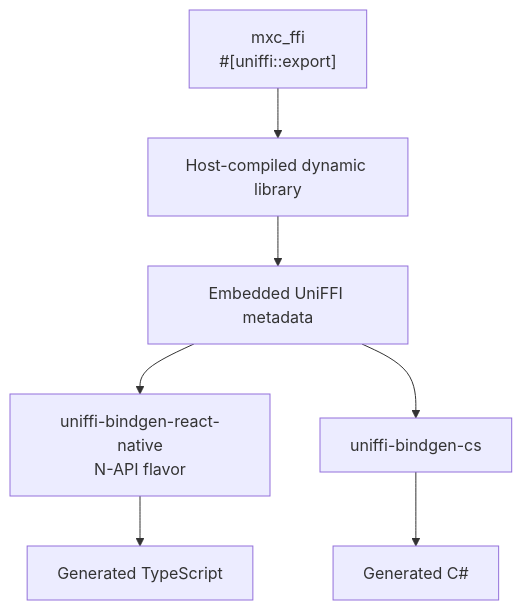
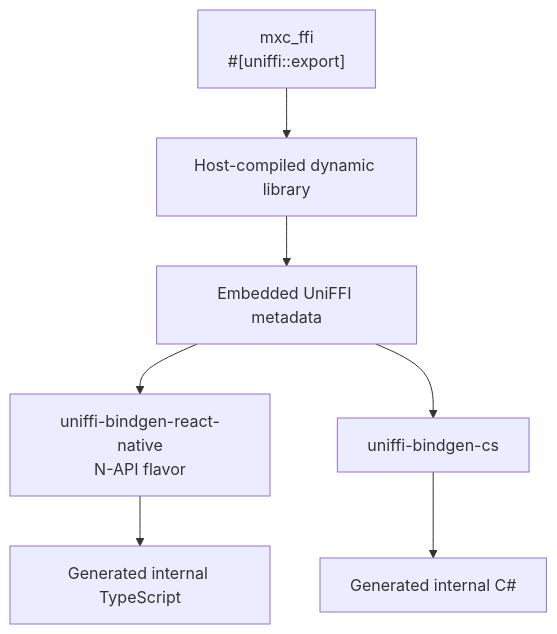
One commit to microsoft/mxc changed the first of 3 diagrams in docs/designs/SDK/uniffi-binding-generation.md. Above: the diagram before and after it, drawn with Mermaid. The commit also changed other lines of this file and 2 other files, not shown here.

First line of the commit message:
Clarify generated SDK surfaces

````diff
--- a/docs/designs/SDK/uniffi-binding-generation.md
+++ b/docs/designs/SDK/uniffi-binding-generation.md
@@ -7,10 +8,10 @@
 ```mermaid
 flowchart TD
     U["mxc_ffi<br/>#[uniffi::export]"]
     U --> L[Host-compiled dynamic library]
     L --> M[Embedded UniFFI metadata]
     M --> N["uniffi-bindgen-react-native<br/>N-API flavor"]
     M --> C[uniffi-bindgen-cs]
-    N --> TS[Generated TypeScript]
-    C --> CS[Generated C#]
+    N --> TS[Generated internal TypeScript]
+    C --> CS[Generated internal C#]
 ```
````
